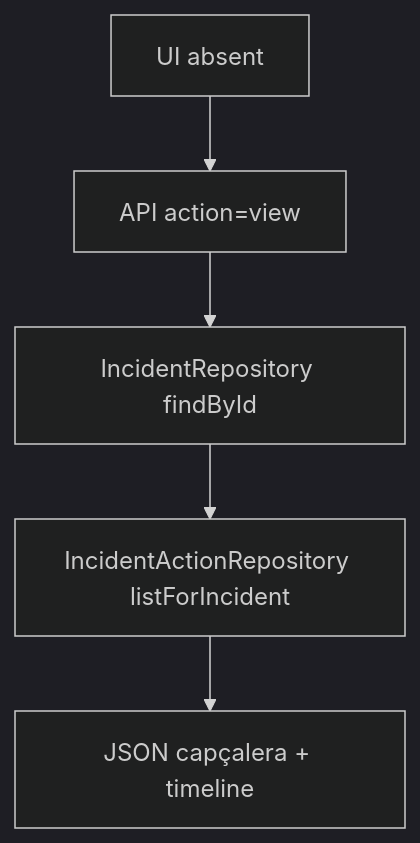
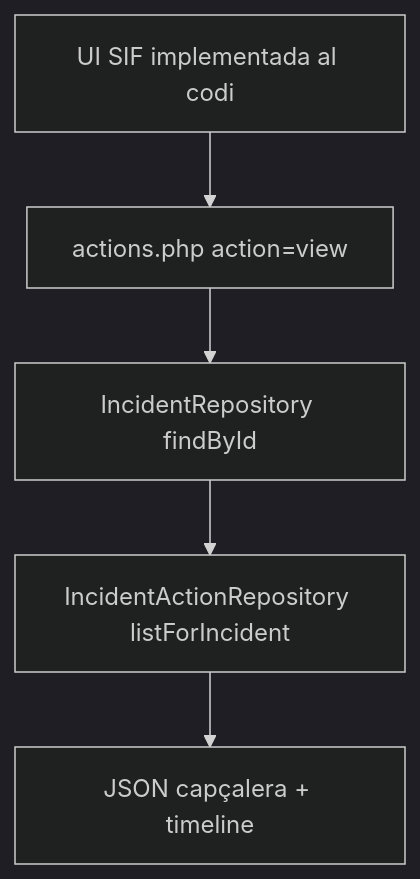
The tenth of 23 diagrams in documentacio/07-uml-integrat/uc-008-gestionar-incidencia-sif.md (orgmeriemprismacat-del/verifactu), drawn with Mermaid (dark theme) before and after one commit. The commit also changed other lines of this file, not shown here.

```diff
--- a/documentacio/07-uml-integrat/uc-008-gestionar-incidencia-sif.md
+++ b/documentacio/07-uml-integrat/uc-008-gestionar-incidencia-sif.md
@@ -408,7 +408,7 @@
 ~~~mermaid
 flowchart TD
-A[UI absent] --> B[API action=view]
+A[UI SIF implementada al codi] --> B[actions.php action=view]
 B --> C[IncidentRepository findById]
 C --> D[IncidentActionRepository listForIncident]
 D --> E[JSON capçalera + timeline]
 ~~~
```
